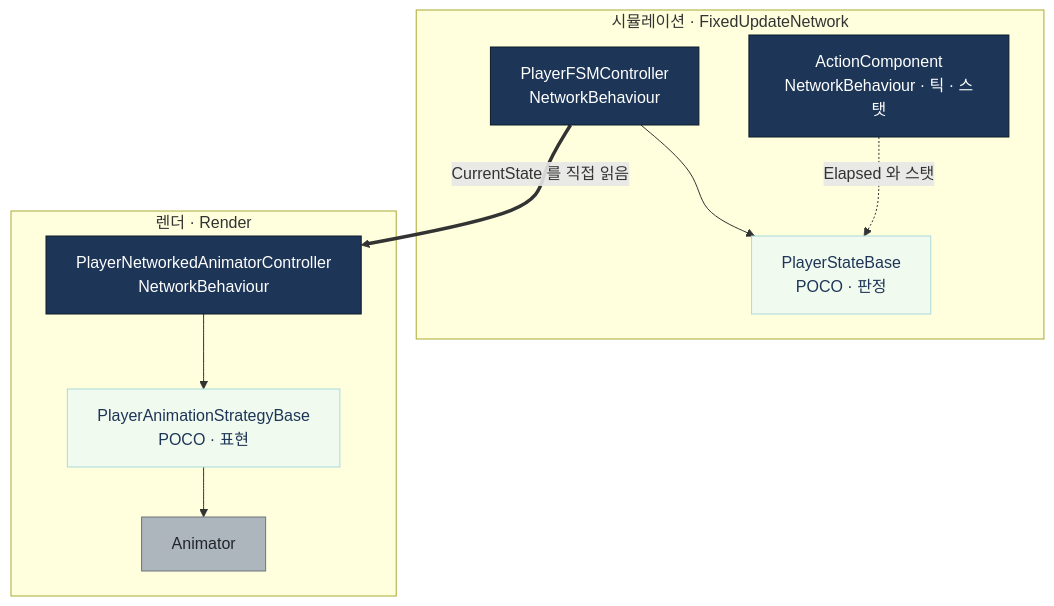
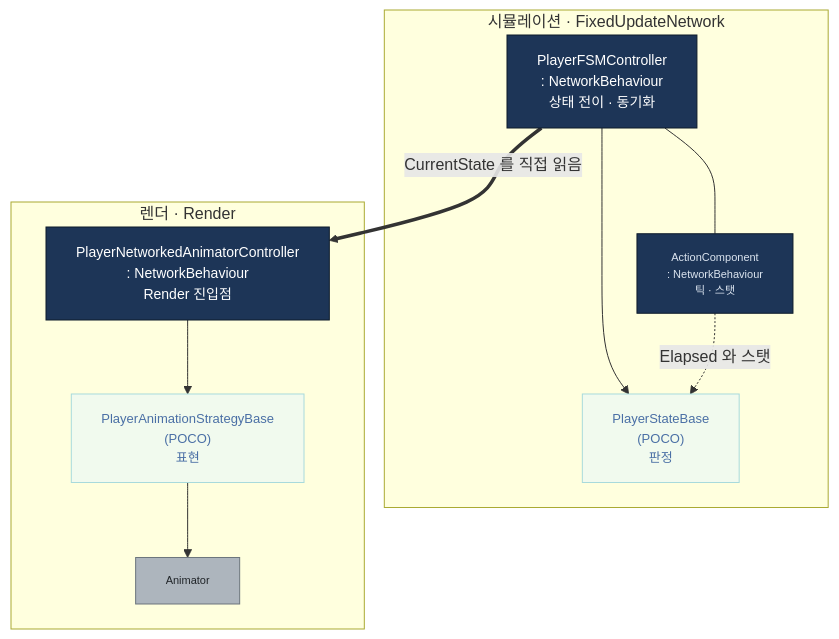
Before and after one commit to rlaskarb0321/PortpolioS: the first of 2 diagrams in README.md, drawn with Mermaid.

Commit message:
[develop] edit readme

````diff
--- a/README.md
+++ b/README.md
@@ -243,27 +243,30 @@
 ```mermaid
 flowchart TD
     subgraph SIM["시뮬레이션 · FixedUpdateNetwork"]
-        FSM["PlayerFSMController<br/>NetworkBehaviour"]
-        AC["ActionComponent<br/>NetworkBehaviour · 틱 · 스탯"]
-        ST["PlayerStateBase<br/>POCO · 판정"]
+        FSM["PlayerFSMController<br/>: NetworkBehaviour<br/>상태 전이 · 동기화"]
+        AC["ActionComponent<br/>: NetworkBehaviour<br/>틱 · 스탯"]
+        ST["PlayerStateBase<br/>(POCO)<br/>판정"]
+        FSM --- AC
         FSM --> ST
         AC -.->|Elapsed 와 스탯| ST
     end
 
     subgraph REN["렌더 · Render"]
-        ANI["PlayerNetworkedAnimatorController<br/>NetworkBehaviour"]
-        SG["PlayerAnimationStrategyBase<br/>POCO · 표현"]
+        ANI["PlayerNetworkedAnimatorController<br/>: NetworkBehaviour<br/>Render 진입점"]
+        SG["PlayerAnimationStrategyBase<br/>(POCO)<br/>표현"]
         UA["Animator"]
         ANI --> SG
         SG --> UA
     end
 
     FSM ==>|CurrentState 를 직접 읽음| ANI
 
-    classDef nb fill:#1d3557,color:#ffffff,stroke:#0d1b2a
-    classDef poco fill:#f1faee,color:#1d3557,stroke:#a8dadc
-    classDef engine fill:#adb5bd,color:#212529,stroke:#6c757d
-    class FSM,AC,ANI nb
+    classDef nb fill:#1d3557,color:#ffffff,stroke:#0d1b2a,font-size:14px
+    classDef nbSub fill:#1d3557,color:#dbe4ef,stroke:#0d1b2a,font-size:11px
+    classDef poco fill:#f1faee,color:#4a6fa5,stroke:#a8dadc,font-size:13px
+    classDef engine fill:#adb5bd,color:#212529,stroke:#6c757d,font-size:11px
+    class FSM,ANI nb
+    class AC nbSub
     class ST,SG poco
     class UA engine
 ```
````
